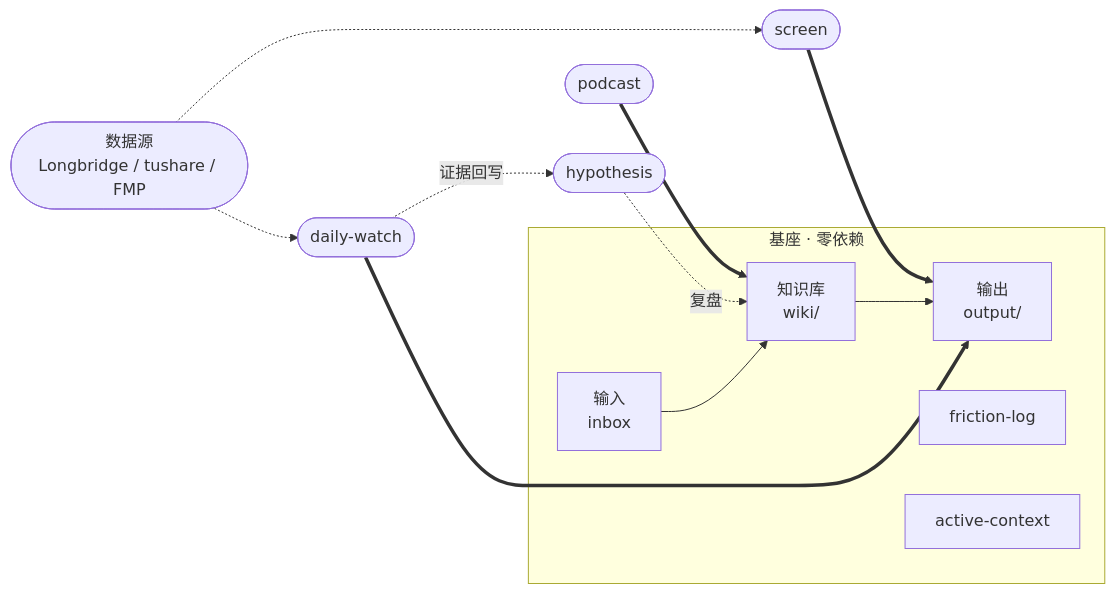
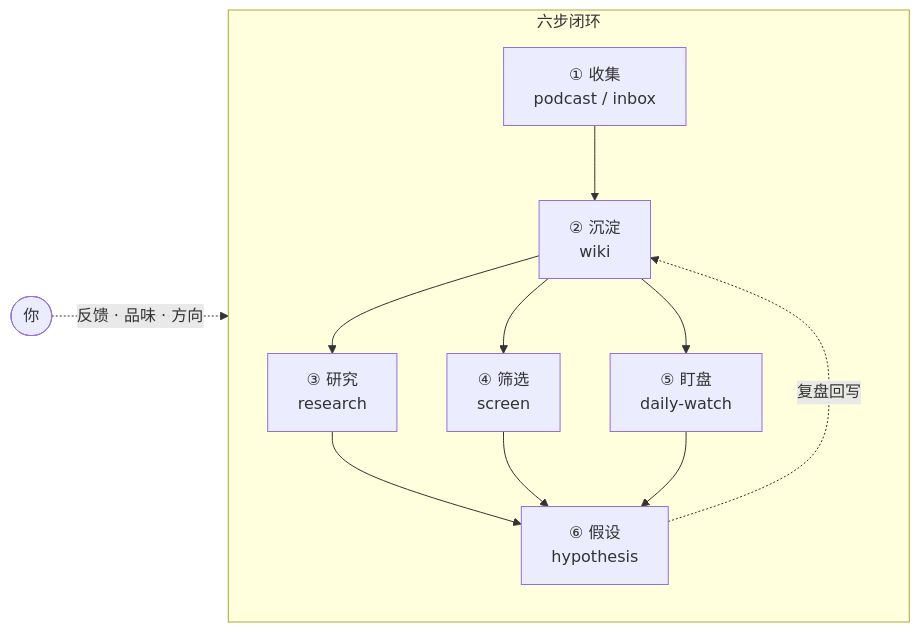
The diagram in README.md (Benboerba620/ai-workspace-hub), drawn with Mermaid before and after one commit. The commit also changed other lines of this file, not shown here.

````diff
--- a/README.md
+++ b/README.md
@@ -79,17 +98,13 @@
 ```mermaid
 flowchart LR
-    subgraph BASE[基座 · 零依赖]
-      IN[输入<br/>inbox] --> KB[知识库<br/>wiki/]
-      KB --> OUT[输出<br/>output/]
-      FL[friction-log]
-      AC[active-context]
+    subgraph LOOP[六步闭环]
+      A[① 收集<br/>podcast / inbox] --> B[② 沉淀<br/>wiki]
+      B --> C[③ 研究<br/>research]
+      B --> D[④ 筛选<br/>screen]
+      B --> E[⑤ 盯盘<br/>daily-watch]
+      C & D & E --> F[⑥ 假设<br/>hypothesis]
+      F -.->|复盘回写| B
     end
 
-    POD([podcast]) ==> KB
-    DW([daily-watch]) ==> OUT
-    SCR([screen]) ==> OUT
-    DW -. 证据回写 .-> HYP([hypothesis])
-    HYP -. 复盘 .-> KB
-    DATA([数据源<br/>Longbridge / tushare / FMP]) -.-> DW
-    DATA -.-> SCR
+    YOU([你]) -.->|反馈 · 品味 · 方向| LOOP
 ```
````
